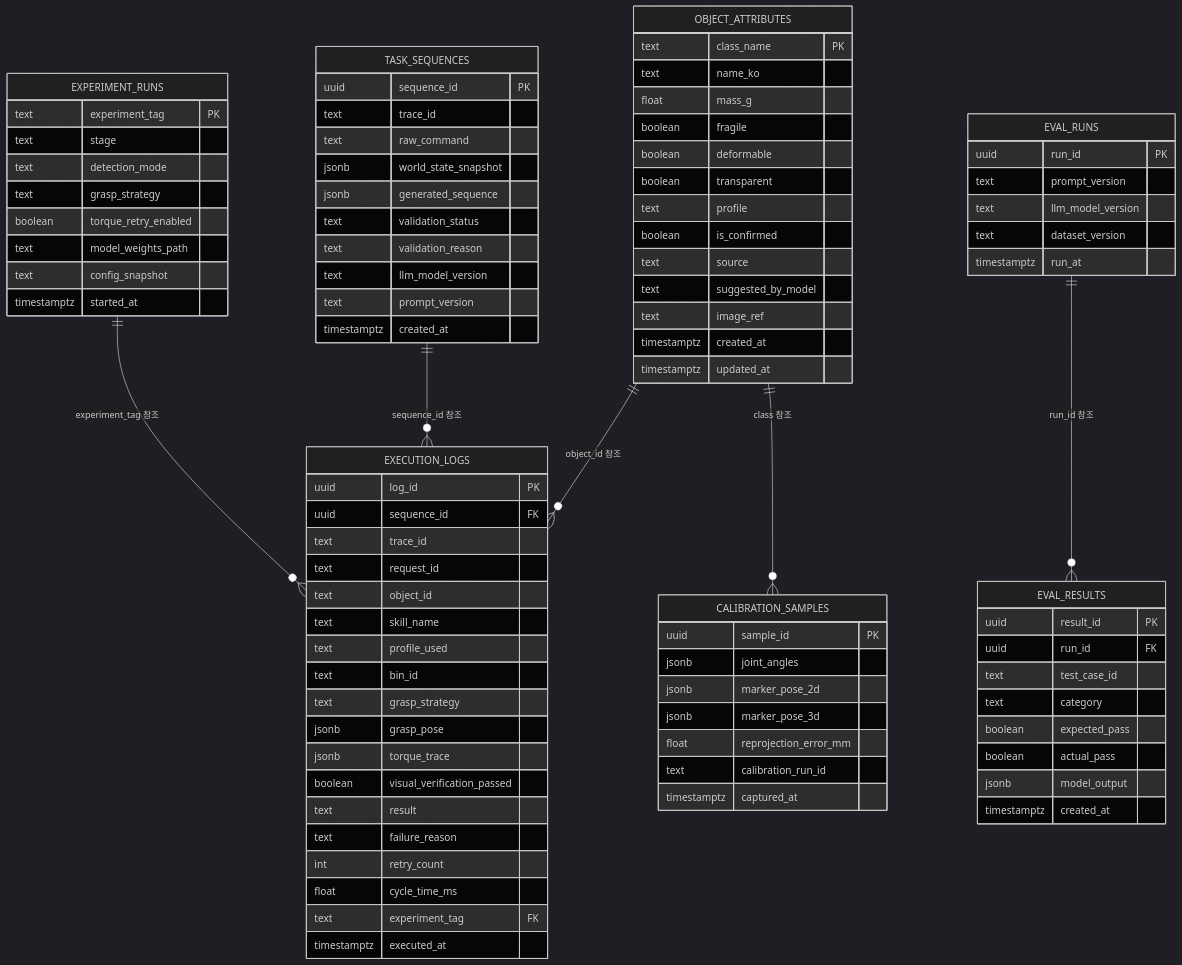
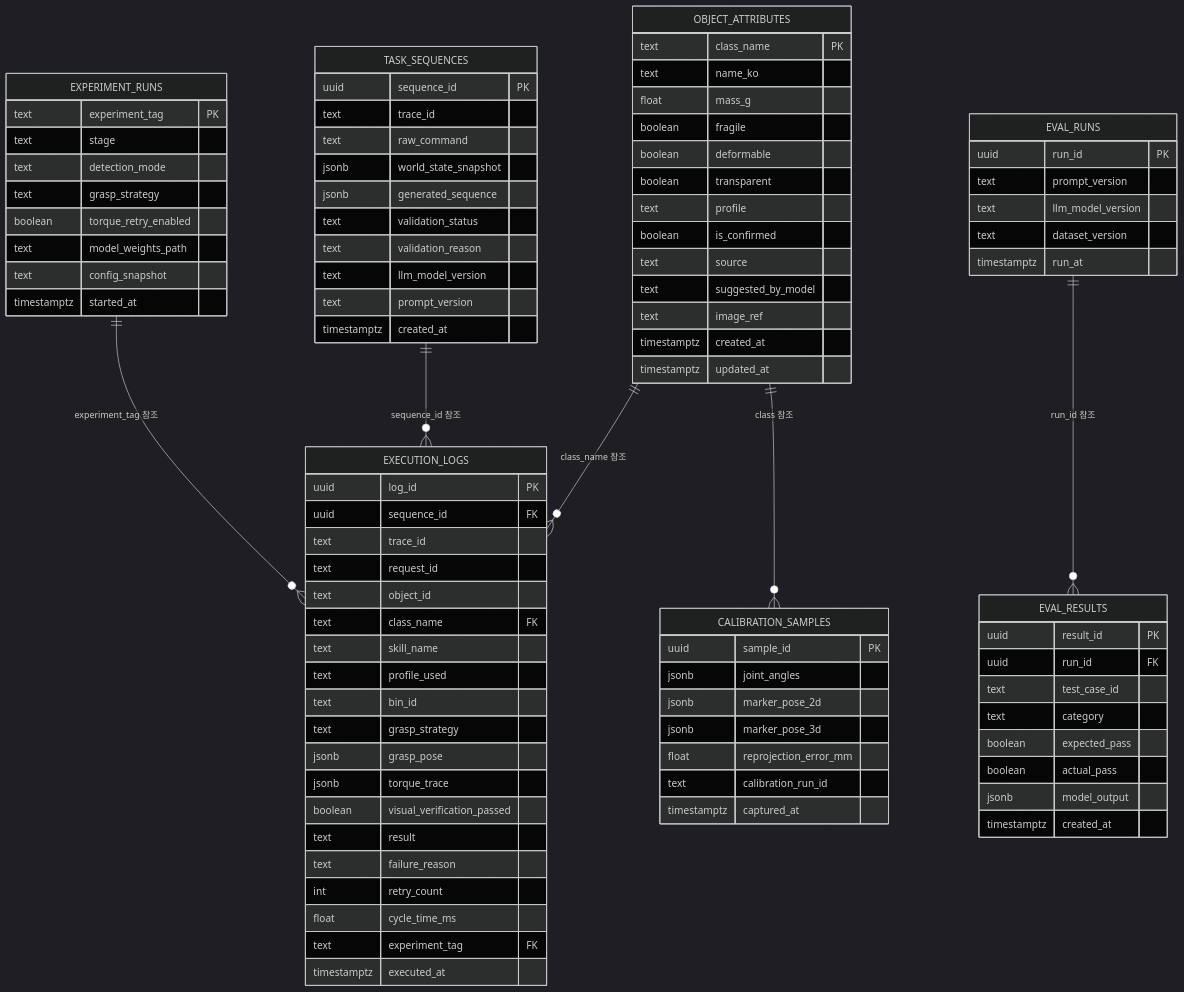
The diagram in docs/시스템명세서.md (Haeyuni/PiecePickingSystem), drawn with Mermaid (dark theme) before and after one commit. The commit also changed other lines of this file and 18 other files, not shown here.

First line of the commit message:
B0: bring up db + planner with schema, seed, and mock fixtures

````diff
--- a/docs/시스템명세서.md
+++ b/docs/시스템명세서.md
@@ -62,6 +62,6 @@
 ```mermaid
 erDiagram
-    OBJECT_ATTRIBUTES ||--o{ EXECUTION_LOGS : "object_id 참조"
+    OBJECT_ATTRIBUTES ||--o{ EXECUTION_LOGS : "class_name 참조"
     TASK_SEQUENCES ||--o{ EXECUTION_LOGS : "sequence_id 참조"
     OBJECT_ATTRIBUTES ||--o{ CALIBRATION_SAMPLES : "class 참조"
     EVAL_RUNS ||--o{ EVAL_RESULTS : "run_id 참조"
@@ -102,6 +102,7 @@
         text trace_id
         text request_id
         text object_id
+        text class_name FK
         text skill_name
         text profile_used
         text bin_id
````
